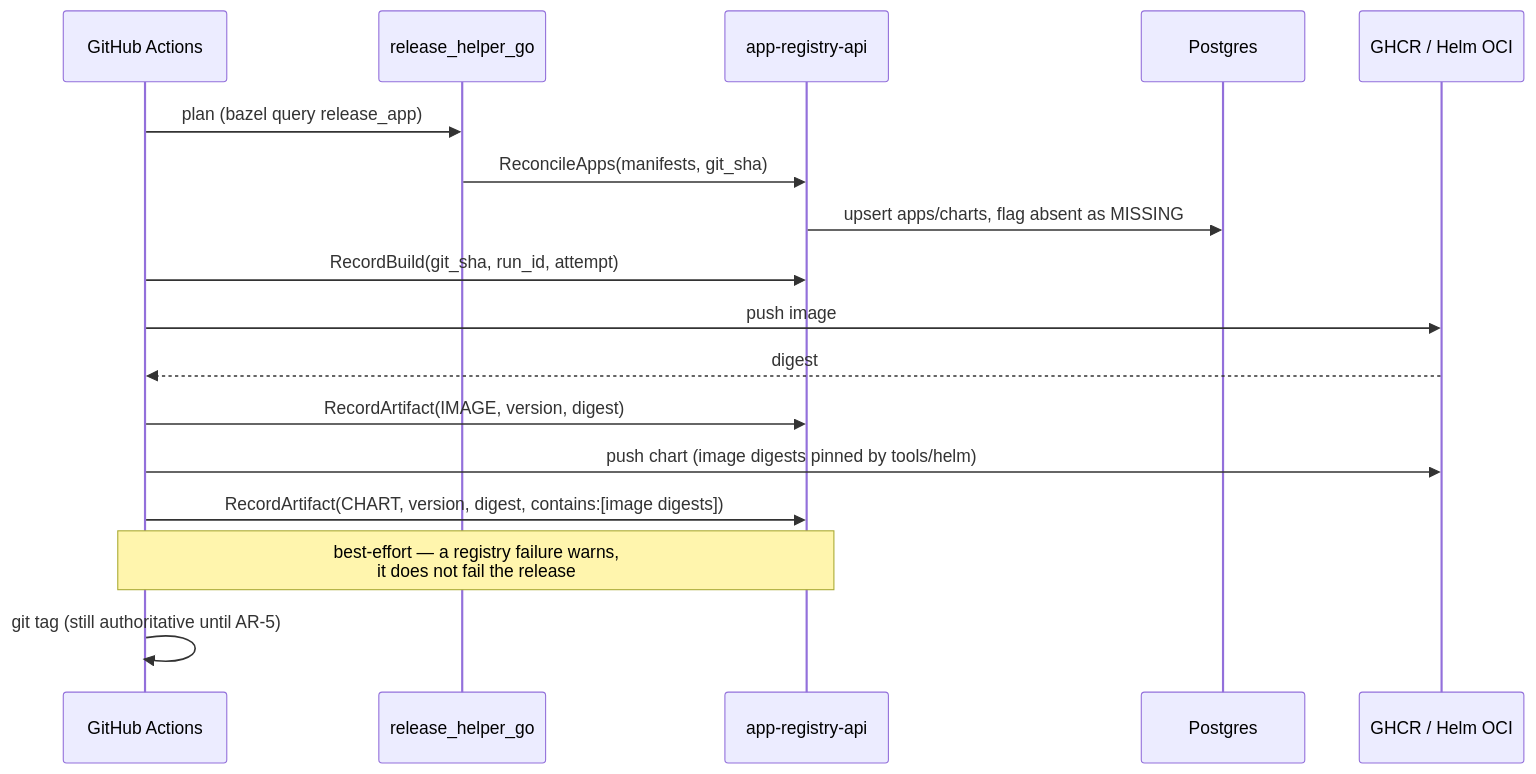
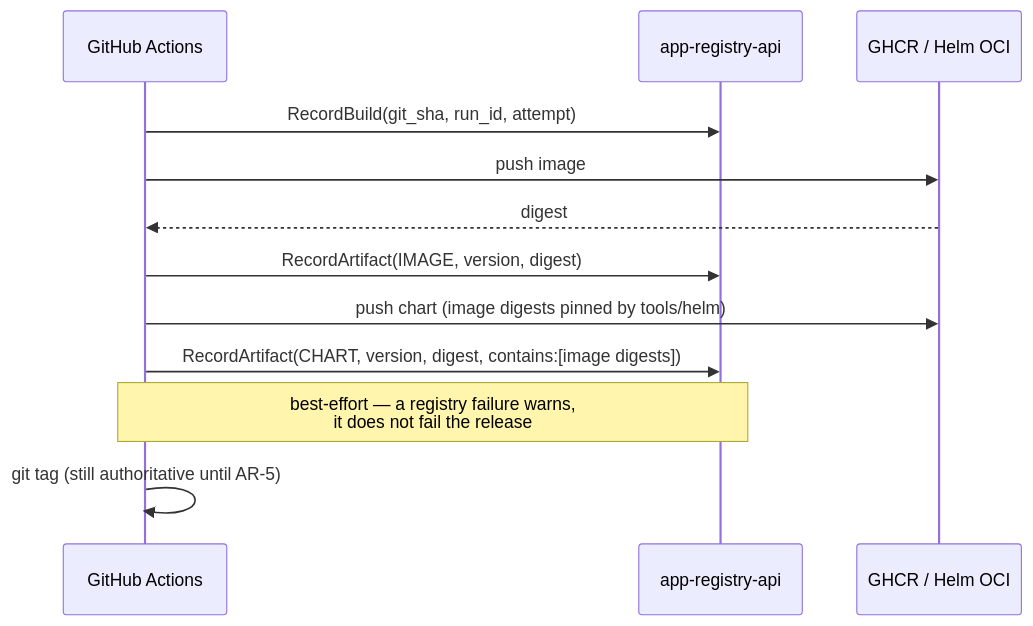
Before and after one commit to whale-net/everything: the second of 4 diagrams in tools/app_registry/README.md, drawn with Mermaid. The commit also changed other lines of this file and 9 other files, not shown here.

````diff
--- a/tools/app_registry/README.md
+++ b/tools/app_registry/README.md
@@ -58,20 +80,15 @@
 ```mermaid
 sequenceDiagram
     participant GHA as GitHub Actions
-    participant RH as release_helper_go
     participant REG as app-registry-api
-    participant DB as Postgres
     participant GHCR as GHCR / Helm OCI
 
-    GHA->>RH: plan (bazel query release_app)
-    RH->>REG: ReconcileApps(manifests, git_sha)
-    REG->>DB: upsert apps/charts, flag absent as MISSING
     GHA->>REG: RecordBuild(git_sha, run_id, attempt)
     GHA->>GHCR: push image
     GHCR-->>GHA: digest
     GHA->>REG: RecordArtifact(IMAGE, version, digest)
     GHA->>GHCR: push chart (image digests pinned by tools/helm)
     GHA->>REG: RecordArtifact(CHART, version, digest, contains:[image digests])
     Note over GHA,REG: best-effort — a registry failure warns,<br/>it does not fail the release
     GHA->>GHA: git tag (still authoritative until AR-5)
 ```
````
